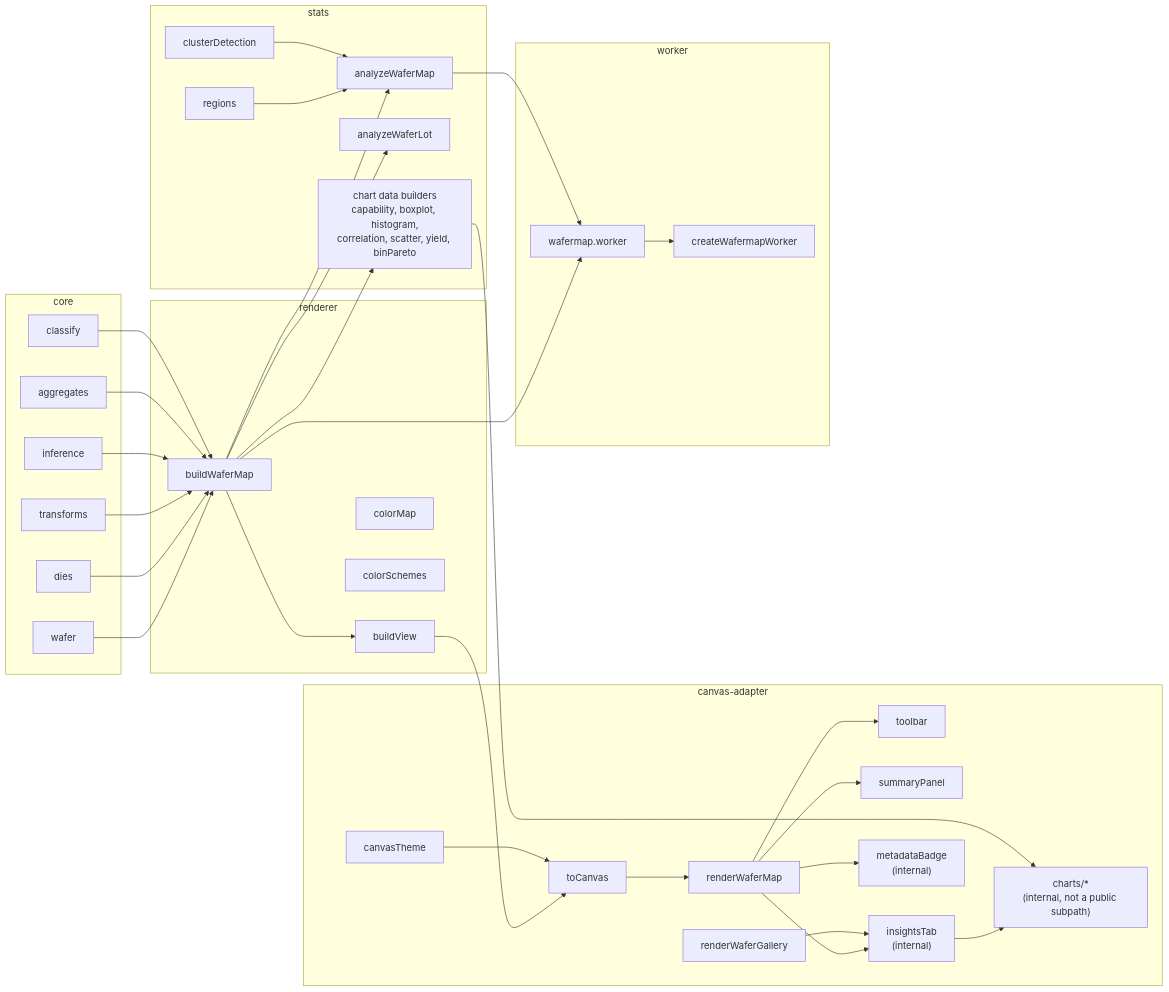
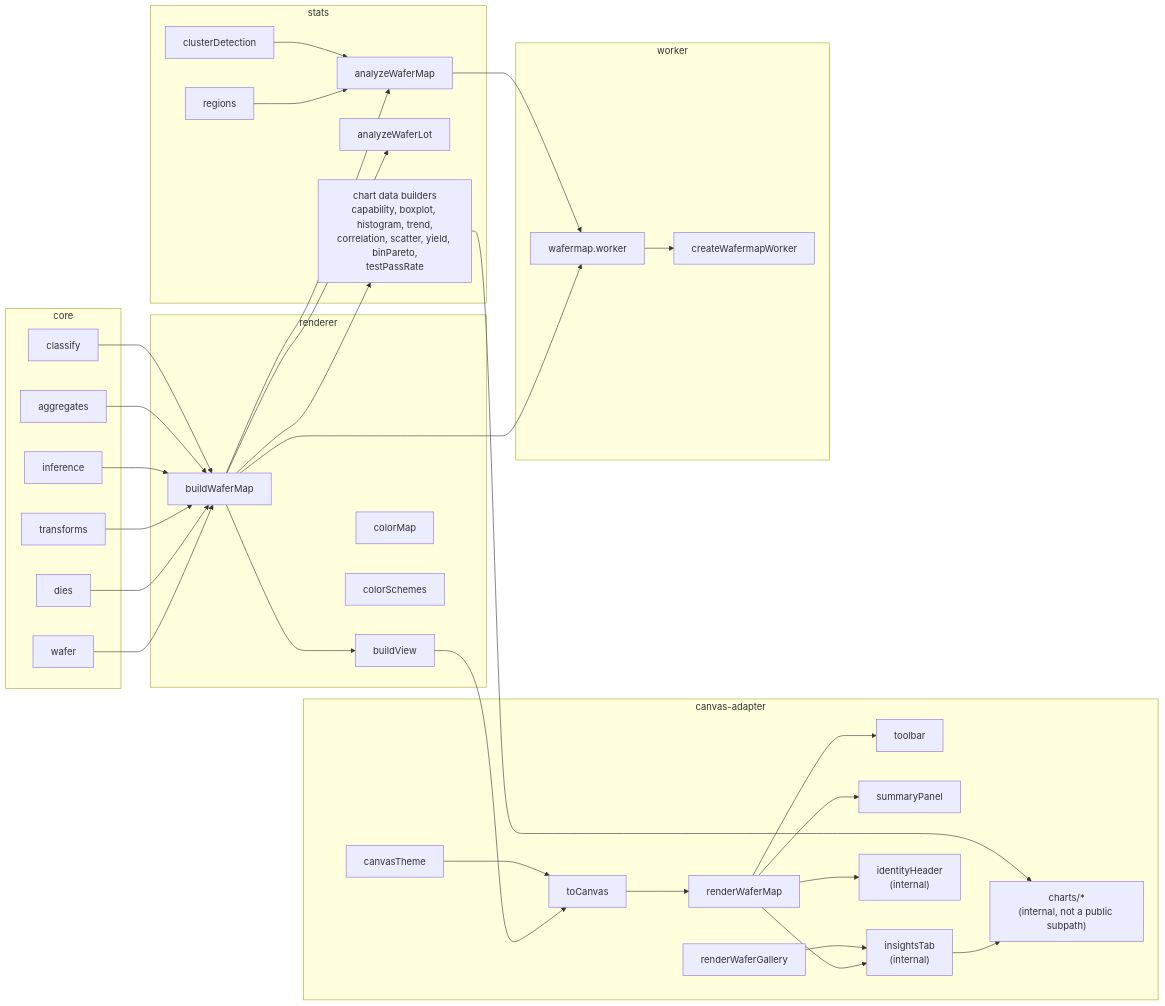
The second of 5 diagrams in docs/architecture.md (wafertools/wafermap), drawn with Mermaid before and after one commit. The commit also changed other lines of this file and 127 other files, not shown here.

First line of the commit message:
feat: per-test pass rate and trend charts, themed Insights pickers, sizing tokens

````diff
--- a/docs/architecture.md
+++ b/docs/architecture.md
@@ -59,72 +59,72 @@
 ```mermaid
 graph LR
     subgraph Core[core]
         core1["wafer"]
         core2["dies"]
         core3["transforms"]
         core4["inference"]
         core5["aggregates"]
         core6["classify"]
     end
 
     subgraph Renderer[renderer]
         r1["buildWaferMap"]
         r2["buildView"]
         r3["colorMap"]
         r4["colorSchemes"]
     end
 
     subgraph Canvas[canvas-adapter]
         c1["renderWaferMap"]
         c2["renderWaferGallery"]
         c3["toCanvas"]
         c4["toolbar"]
         c5["summaryPanel"]
         c6["canvasTheme"]
         c7["insightsTab<br/>(internal)"]
         c8["charts/*<br/>(internal, not a public subpath)"]
-        c9["metadataBadge<br/>(internal)"]
+        c9["identityHeader<br/>(internal)"]
     end
 
     subgraph Stats[stats]
         s1["analyzeWaferMap"]
         s2["analyzeWaferLot"]
         s3["regions"]
         s4["clusterDetection"]
-        s5["chart data builders<br/>capability, boxplot, histogram,<br/>correlation, scatter, yield, binPareto"]
+        s5["chart data builders<br/>capability, boxplot, histogram, trend,<br/>correlation, scatter, yield, binPareto,<br/>testPassRate"]
     end
 
     subgraph Worker[worker]
         w1["wafermap.worker"]
         w2["createWafermapWorker"]
     end
 
     core1 --> r1
     core2 --> r1
     core3 --> r1
     core4 --> r1
     core5 --> r1
     core6 --> r1
 
     r1 --> r2
     r2 --> c3
     c6 --> c3
     c3 --> c1
     c1 --> c4
     c1 --> c5
     c1 --> c7
     c2 --> c7
     c7 --> c8
     s5 --> c8
     c1 --> c9
 
     r1 --> s1
     r1 --> s2
     r1 --> s5
     s3 --> s1
     s4 --> s1
 
     r1 --> w1
     s1 --> w1
     w1 --> w2
 ```
````
